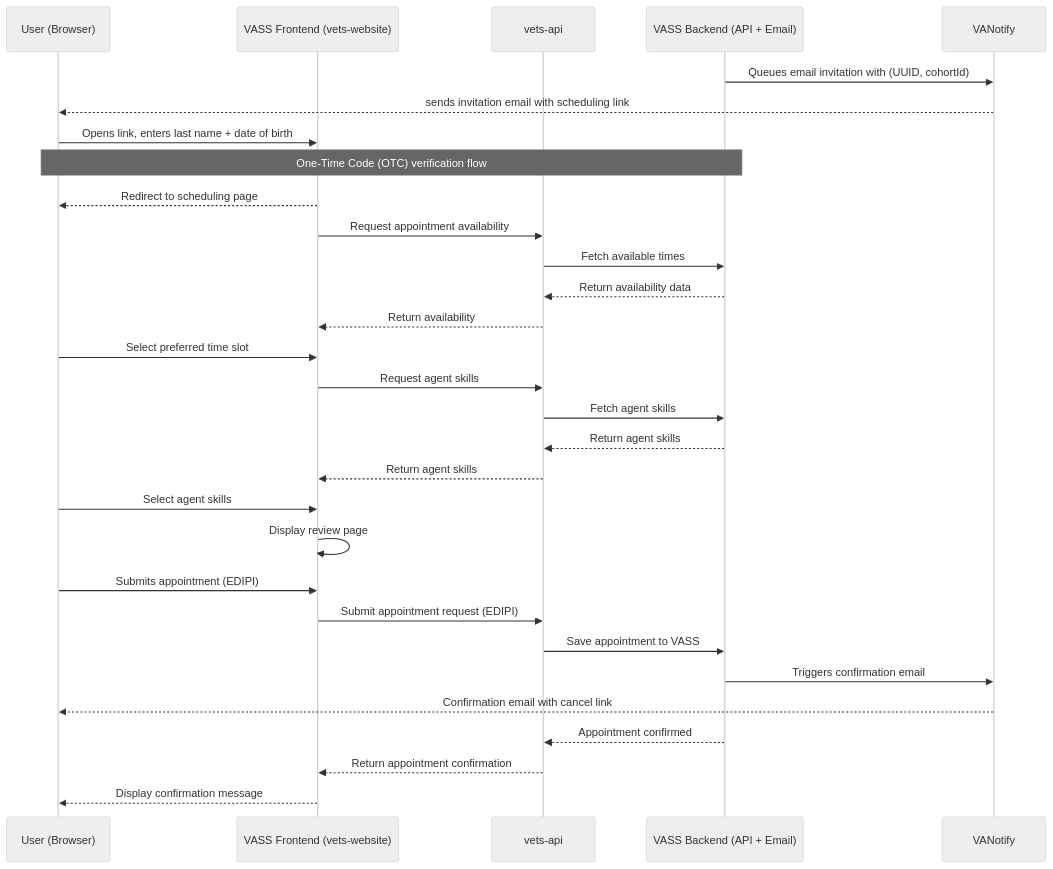
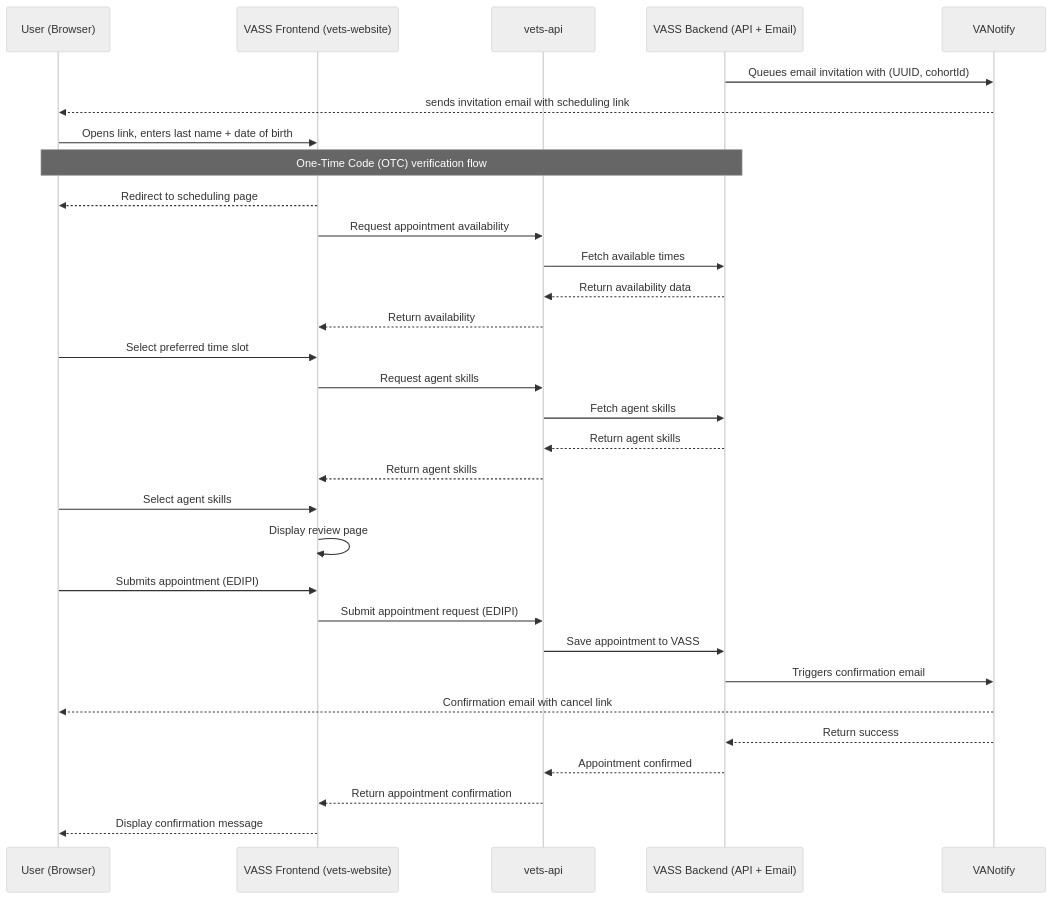
The first of 3 diagrams in products/health-care/appointments/va-online-scheduling/initiatives/solid-start-scheduling/engineering/sequence-diagrams/otc-flow.md (department-of-veterans-affairs/va.gov-team), drawn with Mermaid (neutral theme) before and after one commit. The commit also changed other lines of this file, not shown here.

````diff
--- a/products/health-care/appointments/va-online-scheduling/initiatives/solid-start-scheduling/engineering/sequence-diagrams/otc-flow.md
+++ b/products/health-care/appointments/va-online-scheduling/initiatives/solid-start-scheduling/engineering/sequence-diagrams/otc-flow.md
@@ -3,43 +3,44 @@
 ``` mermaid
 sequenceDiagram
     participant user as User (Browser)
     participant vetsWebsite as VASS Frontend (vets-website)
     participant vetsApi as vets-api
     participant vassBackend as VASS Backend (API + Email)
     participant vaNotify as VANotify
 
     %% Step 1: Email Invitation
     vassBackend->>vaNotify: Queues email invitation with (UUID, cohortId)
     vaNotify-->>user: sends invitation email with scheduling link 
 
     %% Step 2: User validates identity
     user->>vetsWebsite: Opens link, enters last name + date of birth
     Note over user,vassBackend: One-Time Code (OTC) verification flow
     vetsWebsite-->>user: Redirect to scheduling page
 
     %% Step 3: View available times
     vetsWebsite->>vetsApi: Request appointment availability
     vetsApi->>vassBackend: Fetch available times
     vassBackend-->>vetsApi: Return availability data
     vetsApi-->>vetsWebsite: Return availability
     user->>vetsWebsite: Select preferred time slot
 
     %% Step 4: Agent skills
     vetsWebsite->>vetsApi: Request agent skills
     vetsApi->>vassBackend: Fetch agent skills
     vassBackend-->>vetsApi: Return agent skills
     vetsApi-->>vetsWebsite: Return agent skills
     user->>vetsWebsite: Select agent skills
     vetsWebsite->>vetsWebsite: Display review page
 
     %% Step 5: Confirm appointment
     user->>vetsWebsite: Submits appointment (EDIPI)
     vetsWebsite->>vetsApi: Submit appointment request (EDIPI)
     vetsApi->>vassBackend: Save appointment to VASS
     vassBackend->>vaNotify: Triggers confirmation email
     vaNotify-->>user: Confirmation email with cancel link
+    vaNotify-->>vassBackend: Return success
     vassBackend-->>vetsApi: Appointment confirmed
 
     vetsApi-->>vetsWebsite: Return appointment confirmation
     vetsWebsite-->>user: Display confirmation message
 ```
````
